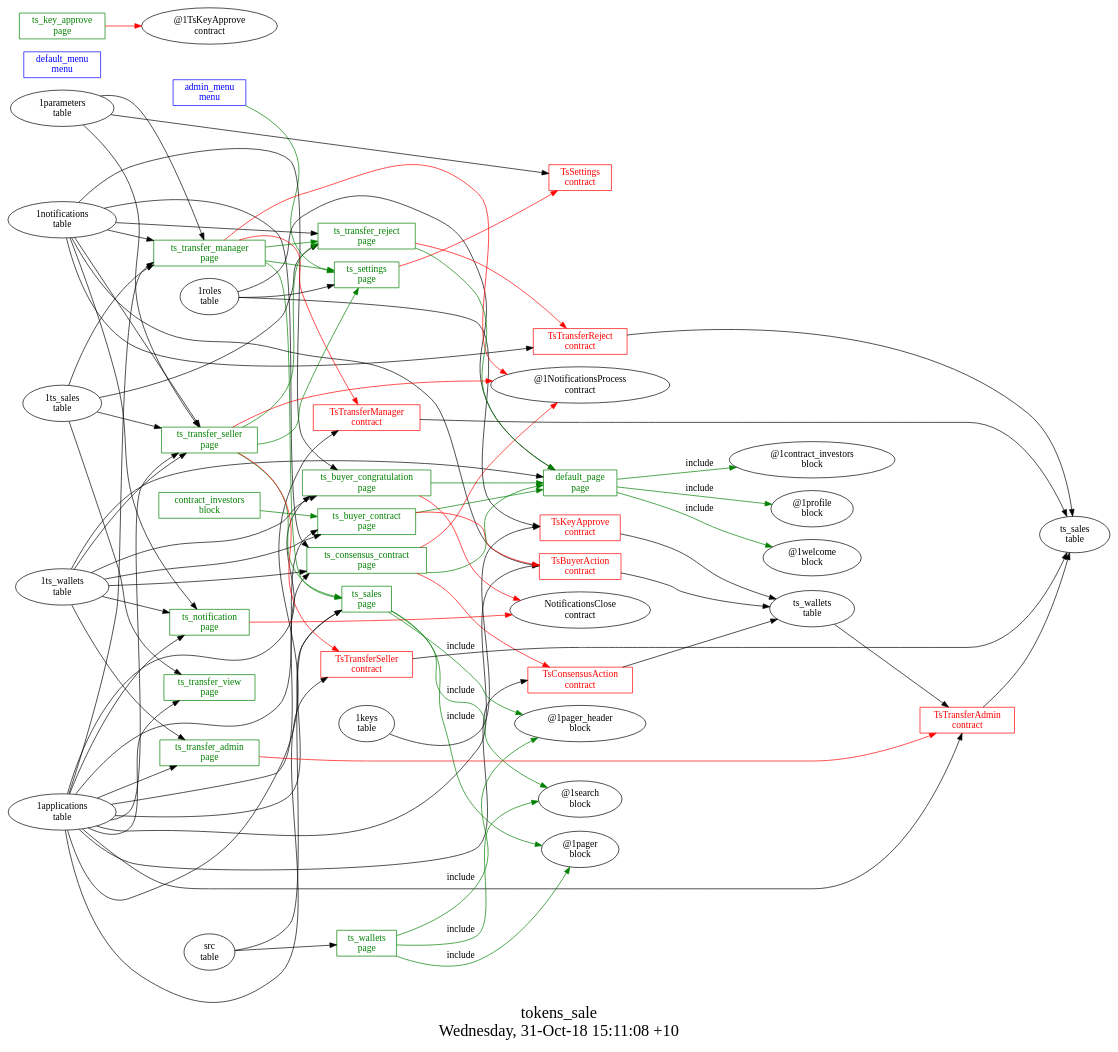
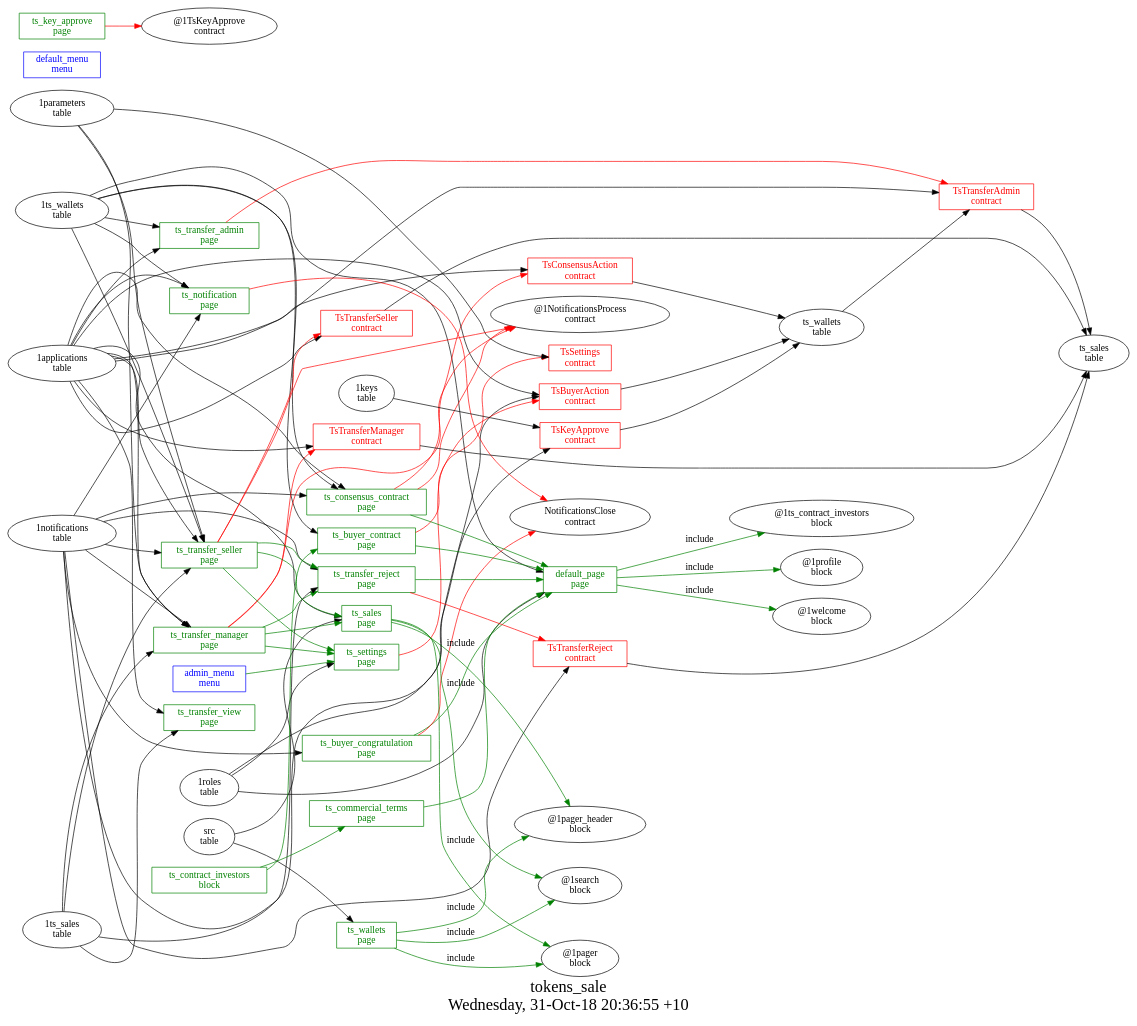
The diagram in other/tokens_sale/struct.dot (AplaProject/apps), drawn with Graphviz before and after one commit. The commit also changed 9 other files, not shown here.

Commit message:
New agreements for tokens_sale

```diff
--- a/other/tokens_sale/struct.dot
+++ b/other/tokens_sale/struct.dot
@@ -1,119 +1,119 @@
 digraph G {
 fontsize="24";
-label="tokens_sale\nWednesday, 31-Oct-18 15:11:08 +10";
+label="tokens_sale\nWednesday, 31-Oct-18 20:36:55 +10";
 nojustify=true;
 ordering=out;
 rankdir=LR;
 size="30";
 "admin_menu\nmenu" -> "ts_settings\npage"  [ color=green ]
 "admin_menu\nmenu" [color=blue, fontcolor=blue, group=menus, shape=record];
 "default_menu\nmenu" [color=blue, fontcolor=blue, group=menus, shape=record];
 "1ts_wallets\ntable" -> "default_page\npage"
 "1roles\ntable" -> "default_page\npage"
-"default_page\npage" -> "@1contract_investors\nblock"  [ color=green, label=include ]
+"default_page\npage" -> "@1ts_contract_investors\nblock"  [ color=green, label=include ]
 "default_page\npage" -> "@1profile\nblock"  [ color=green, label=include ]
 "default_page\npage" -> "@1welcome\nblock"  [ color=green, label=include ]
 "default_page\npage" [color=green, fontcolor=green, group=pages, shape=record];
 "ts_buyer_congratulation\npage" -> "NotificationsClose\ncontract"  [ color=red ]
-"1applications\ntable" -> "ts_buyer_congratulation\npage"
 "1notifications\ntable" -> "ts_buyer_congratulation\npage"
-"1ts_wallets\ntable" -> "ts_buyer_congratulation\npage"
 "ts_buyer_congratulation\npage" -> "default_page\npage"  [ color=green ]
 "ts_buyer_congratulation\npage" [color=green, fontcolor=green, group=pages, shape=record];
 "ts_buyer_contract\npage" -> "TsBuyerAction\ncontract"  [ color=red ]
-"1applications\ntable" -> "ts_buyer_contract\npage"
 "1ts_wallets\ntable" -> "ts_buyer_contract\npage"
 "ts_buyer_contract\npage" -> "default_page\npage"  [ color=green ]
 "ts_buyer_contract\npage" [color=green, fontcolor=green, group=pages, shape=record];
+"ts_commercial_terms\npage" -> "default_page\npage"  [ color=green ]
+"ts_commercial_terms\npage" [color=green, fontcolor=green, group=pages, shape=record];
 "ts_consensus_contract\npage" -> "TsConsensusAction\ncontract"  [ color=red ]
 "ts_consensus_contract\npage" -> "@1NotificationsProcess\ncontract"  [ color=red ]
 "1applications\ntable" -> "ts_consensus_contract\npage"
 "1notifications\ntable" -> "ts_consensus_contract\npage"
 "1ts_wallets\ntable" -> "ts_consensus_contract\npage"
 "ts_consensus_contract\npage" -> "default_page\npage"  [ color=green ]
 "ts_consensus_contract\npage" [color=green, fontcolor=green, group=pages, shape=record];
 "ts_key_approve\npage" -> "@1TsKeyApprove\ncontract"  [ color=red ]
 "ts_key_approve\npage" [color=green, fontcolor=green, group=pages, shape=record];
 "ts_notification\npage" -> "NotificationsClose\ncontract"  [ color=red ]
 "1applications\ntable" -> "ts_notification\npage"
 "1notifications\ntable" -> "ts_notification\npage"
 "1ts_wallets\ntable" -> "ts_notification\npage"
 "ts_notification\npage" [color=green, fontcolor=green, group=pages, shape=record];
 "1applications\ntable" -> "ts_sales\npage"
 "src\ntable" -> "ts_sales\npage"
 "ts_sales\npage" -> "@1pager_header\nblock"  [ color=green, label=include ]
 "ts_sales\npage" -> "@1search\nblock"  [ color=green, label=include ]
 "ts_sales\npage" -> "@1pager\nblock"  [ color=green, label=include ]
 "ts_sales\npage" [color=green, fontcolor=green, group=pages, shape=record];
 "ts_settings\npage" -> "TsSettings\ncontract"  [ color=red ]
 "1roles\ntable" -> "ts_settings\npage"
 "ts_settings\npage" [color=green, fontcolor=green, group=pages, shape=record];
 "ts_transfer_admin\npage" -> "TsTransferAdmin\ncontract"  [ color=red ]
 "1applications\ntable" -> "ts_transfer_admin\npage"
 "1ts_wallets\ntable" -> "ts_transfer_admin\npage"
 "ts_transfer_admin\npage" [color=green, fontcolor=green, group=pages, shape=record];
 "ts_transfer_manager\npage" -> "TsTransferManager\ncontract"  [ color=red ]
 "ts_transfer_manager\npage" -> "@1NotificationsProcess\ncontract"  [ color=red ]
 "1applications\ntable" -> "ts_transfer_manager\npage"
 "1notifications\ntable" -> "ts_transfer_manager\npage"
 "1ts_sales\ntable" -> "ts_transfer_manager\npage"
 "1parameters\ntable" -> "ts_transfer_manager\npage"
 "ts_transfer_manager\npage" -> "ts_transfer_reject\npage"  [ color=green ]
 "ts_transfer_manager\npage" -> "ts_sales\npage"  [ color=green ]
 "ts_transfer_manager\npage" -> "ts_settings\npage"  [ color=green ]
 "ts_transfer_manager\npage" [color=green, fontcolor=green, group=pages, shape=record];
 "ts_transfer_reject\npage" -> "TsTransferReject\ncontract"  [ color=red ]
 "1notifications\ntable" -> "ts_transfer_reject\npage"
 "1ts_sales\ntable" -> "ts_transfer_reject\npage"
 "ts_transfer_reject\npage" -> "default_page\npage"  [ color=green ]
 "ts_transfer_reject\npage" [color=green, fontcolor=green, group=pages, shape=record];
 "ts_transfer_seller\npage" -> "TsTransferSeller\ncontract"  [ color=red ]
 "ts_transfer_seller\npage" -> "@1NotificationsProcess\ncontract"  [ color=red ]
 "1applications\ntable" -> "ts_transfer_seller\npage"
 "1notifications\ntable" -> "ts_transfer_seller\npage"
 "1ts_sales\ntable" -> "ts_transfer_seller\npage"
 "1ts_wallets\ntable" -> "ts_transfer_seller\npage"
 "1parameters\ntable" -> "ts_transfer_seller\npage"
 "ts_transfer_seller\npage" -> "ts_transfer_reject\npage"  [ color=green ]
 "ts_transfer_seller\npage" -> "ts_sales\npage"  [ color=green ]
 "ts_transfer_seller\npage" -> "ts_settings\npage"  [ color=green ]
 "ts_transfer_seller\npage" [color=green, fontcolor=green, group=pages, shape=record];
 "1applications\ntable" -> "ts_transfer_view\npage"
 "1ts_sales\ntable" -> "ts_transfer_view\npage"
 "ts_transfer_view\npage" [color=green, fontcolor=green, group=pages, shape=record];
 "src\ntable" -> "ts_wallets\npage"
 "ts_wallets\npage" -> "@1pager_header\nblock"  [ color=green, label=include ]
 "ts_wallets\npage" -> "@1search\nblock"  [ color=green, label=include ]
 "ts_wallets\npage" -> "@1pager\nblock"  [ color=green, label=include ]
 "ts_wallets\npage" [color=green, fontcolor=green, group=pages, shape=record];
-"contract_investors\nblock" -> "ts_buyer_contract\npage"  [ color=green ]
-"contract_investors\nblock" [color=green, fontcolor=green, group=blocks, shape=record];
+"ts_contract_investors\nblock" -> "ts_commercial_terms\npage"  [ color=green ]
+"ts_contract_investors\nblock" -> "ts_buyer_contract\npage"  [ color=green ]
+"ts_contract_investors\nblock" [color=green, fontcolor=green, group=blocks, shape=record];
 "TsBuyerAction\ncontract" -> "ts_wallets\ntable"  [ color="" ]
 "1applications\ntable" -> "TsBuyerAction\ncontract"
 "1notifications\ntable" -> "TsBuyerAction\ncontract"
 "TsBuyerAction\ncontract" [color=red, fontcolor=red, group=contracts, shape=record];
 "TsConsensusAction\ncontract" -> "ts_wallets\ntable"  [ color="" ]
 "1applications\ntable" -> "TsConsensusAction\ncontract"
 "TsConsensusAction\ncontract" [color=red, fontcolor=red, group=contracts, shape=record];
 "TsKeyApprove\ncontract" -> "ts_wallets\ntable"  [ color="" ]
 "1keys\ntable" -> "TsKeyApprove\ncontract"
 "1roles\ntable" -> "TsKeyApprove\ncontract"
 "TsKeyApprove\ncontract" [color=red, fontcolor=red, group=contracts, shape=record];
 "1parameters\ntable" -> "TsSettings\ncontract"
 "TsSettings\ncontract" [color=red, fontcolor=red, group=contracts, shape=record];
 "TsTransferAdmin\ncontract" -> "ts_sales\ntable"  [ color="" ]
 "1applications\ntable" -> "TsTransferAdmin\ncontract"
 "ts_wallets\ntable" -> "TsTransferAdmin\ncontract"
 "TsTransferAdmin\ncontract" [color=red, fontcolor=red, group=contracts, shape=record];
 "TsTransferManager\ncontract" -> "ts_sales\ntable"  [ color="" ]
 "1applications\ntable" -> "TsTransferManager\ncontract"
 "TsTransferManager\ncontract" [color=red, fontcolor=red, group=contracts, shape=record];
 "TsTransferReject\ncontract" -> "ts_sales\ntable"  [ color="" ]
 "1notifications\ntable" -> "TsTransferReject\ncontract"
 "TsTransferReject\ncontract" [color=red, fontcolor=red, group=contracts, shape=record];
 "TsTransferSeller\ncontract" -> "ts_sales\ntable"  [ color="" ]
 "1applications\ntable" -> "TsTransferSeller\ncontract"
 "TsTransferSeller\ncontract" [color=red, fontcolor=red, group=contracts, shape=record];
 "ts_sales\ntable" [color="", fontcolor="", group=tables, shape=""];
 "ts_wallets\ntable" [color="", fontcolor="", group=tables, shape=""];
 }
```
